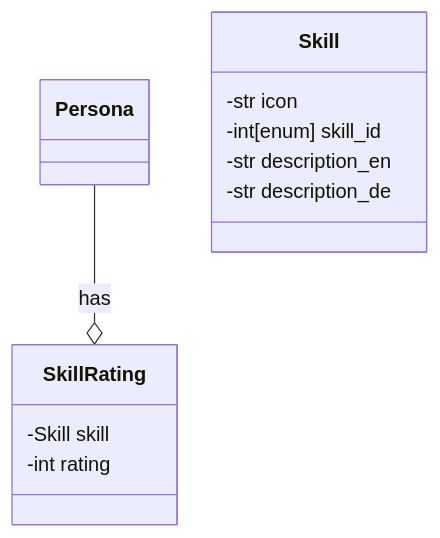
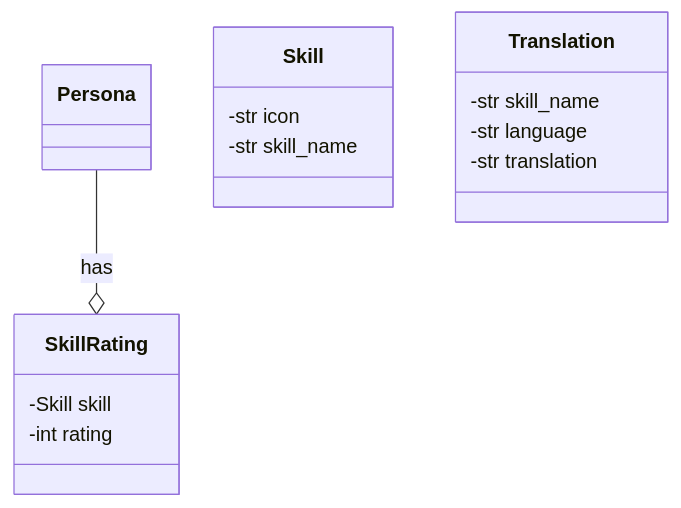
The second of 2 diagrams in Documentation/technical/voting.md (TetraPlex-org/central), drawn with Mermaid before and after one commit. The commit also changed other lines of this file and 1 other file, not shown here.

````diff
--- a/Documentation/technical/voting.md
+++ b/Documentation/technical/voting.md
@@ -75,19 +79,23 @@
 ```mermaid
 classDiagram
     Persona --o SkillRating : has
     class Skill{
         -str icon
-        -int[enum] skill_id
-        -str description_en
-        -str description_de
+        -str skill_name
+    }
+
+    class Translation{
+        -str skill_name
+        -str language
+        -str translation
     }
     %% Why just en and de thou can we make another class for localization and use language independent tokens  (can be string) for the skill desc or any desc
 
     class SkillRating{
         -Skill skill
         -int rating
     }
 
 %% define rating scale rating mechanism
 
 ```
````
